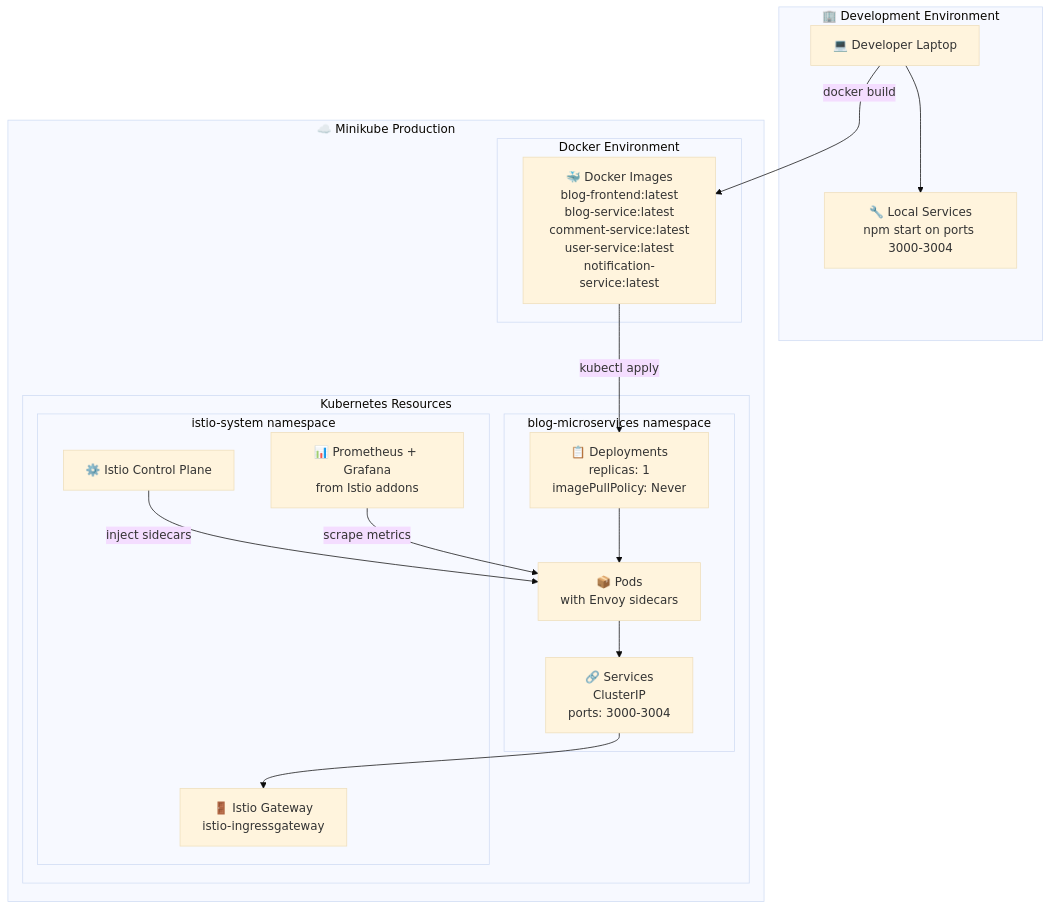
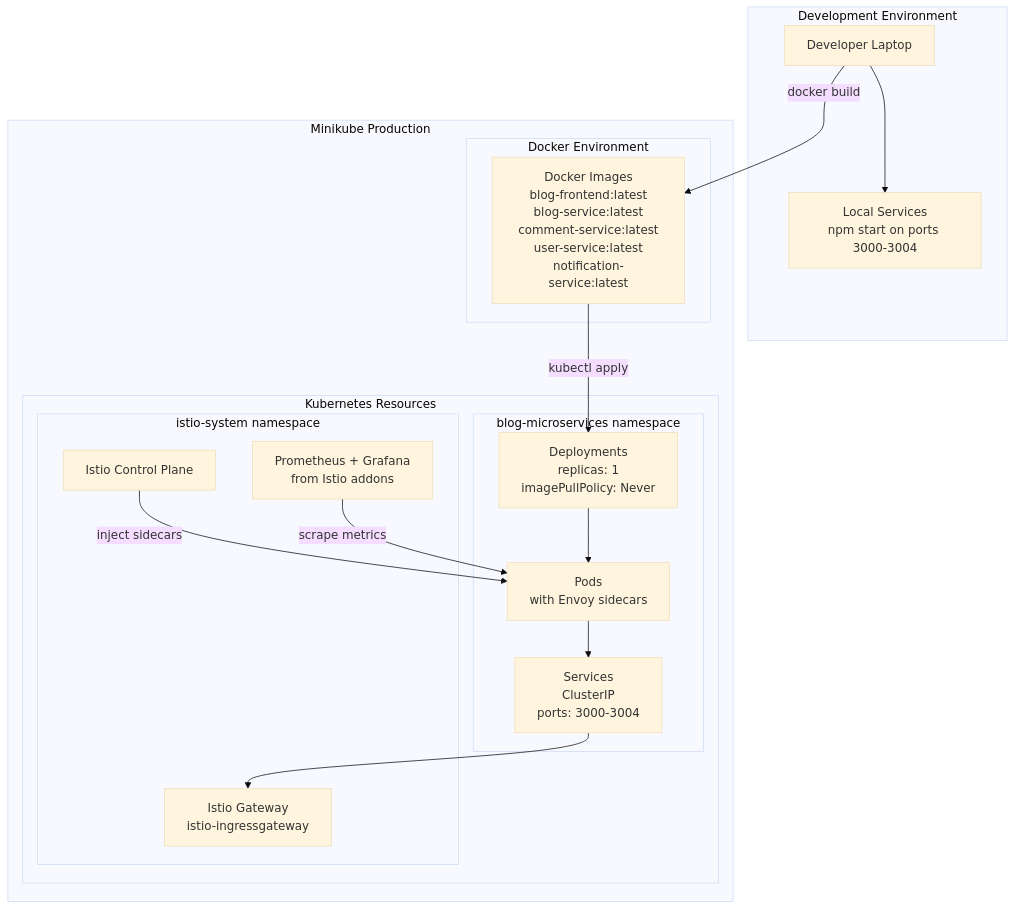
Before and after one commit to vvt911/blog-microservices: the sixth of 9 diagrams in docs/architecture-diagrams.md, drawn with Mermaid (base theme). The commit also changed other lines of this file, not shown here.

````diff
--- a/docs/architecture-diagrams.md
+++ b/docs/architecture-diagrams.md
@@ -189,37 +189,37 @@
 ```mermaid
 graph TB
-    subgraph "🏢 Development Environment"
-        DevLaptop[💻 Developer Laptop]
-        LocalServices[🔧 Local Services<br/>npm start on ports 3000-3004]
+    subgraph "Development Environment"
+        DevLaptop[Developer Laptop]
+        LocalServices[Local Services<br/>npm start on ports 3000-3004]
     end
     
-    subgraph "☁️ Minikube Production"
+    subgraph "Minikube Production"
         subgraph "Docker Environment"
-            DockerImages[🐳 Docker Images<br/>blog-frontend:latest<br/>blog-service:latest<br/>comment-service:latest<br/>user-service:latest<br/>notification-service:latest]
+            DockerImages[Docker Images<br/>blog-frontend:latest<br/>blog-service:latest<br/>comment-service:latest<br/>user-service:latest<br/>notification-service:latest]
         end
         
         subgraph "Kubernetes Resources"
             subgraph "blog-microservices namespace"
-                Deployments[📋 Deployments<br/>replicas: 1<br/>imagePullPolicy: Never]
-                Services[🔗 Services<br/>ClusterIP<br/>ports: 3000-3004]
-                Pods[📦 Pods<br/>with Envoy sidecars]
+                Deployments[Deployments<br/>replicas: 1<br/>imagePullPolicy: Never]
+                Services[Services<br/>ClusterIP<br/>ports: 3000-3004]
+                Pods[Pods<br/>with Envoy sidecars]
             end
             
             subgraph "istio-system namespace"
-                IstioGateway[🚪 Istio Gateway<br/>istio-ingressgateway]
-                IstioControl[⚙️ Istio Control Plane]
-                MonitoringPods[📊 Prometheus + Grafana<br/>from Istio addons]
+                IstioGateway[Istio Gateway<br/>istio-ingressgateway]
+                IstioControl[Istio Control Plane]
+                MonitoringPods[Prometheus + Grafana<br/>from Istio addons]
             end
         end
     end
     
     DevLaptop --> LocalServices
     DevLaptop --> |docker build| DockerImages
     DockerImages --> |kubectl apply| Deployments
     Deployments --> Pods
     Pods --> Services
     Services --> IstioGateway
     
     IstioControl --> |inject sidecars| Pods
     MonitoringPods --> |scrape metrics| Pods
 ```
````
